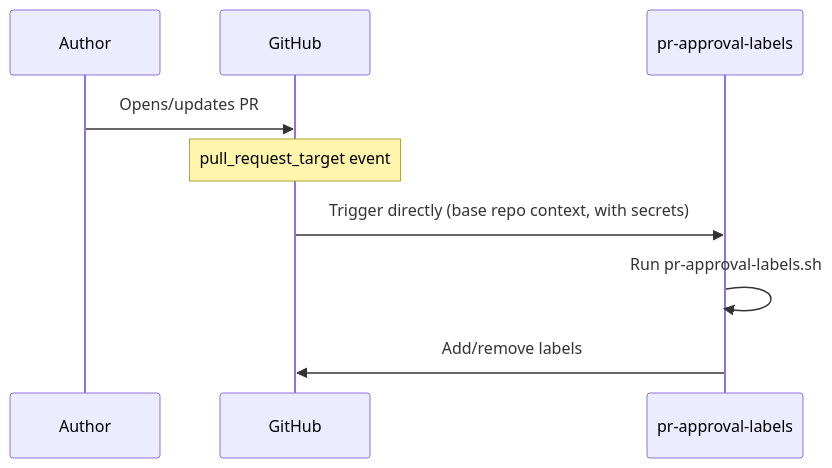
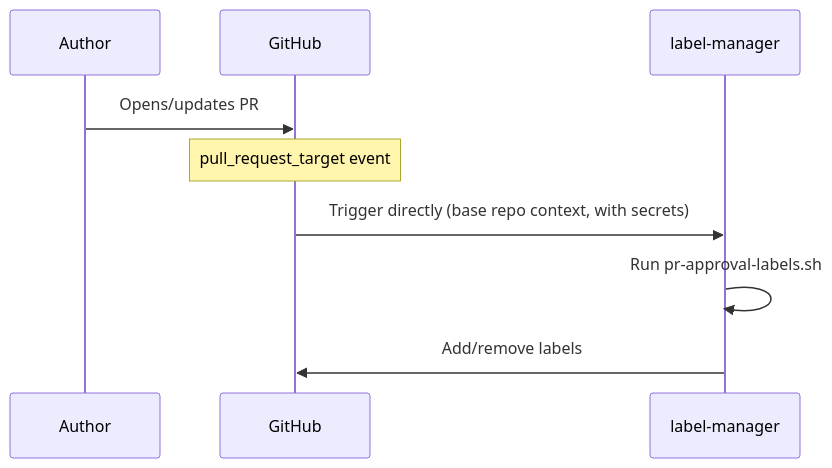
The second of 3 diagrams in content/en/site/build/ci-workflows.md (open-telemetry/opentelemetry.io), drawn with Mermaid before and after one commit. The commit also changed other lines of this file, not shown here.

Commit message:
Site docs: use the current label-manager workflow name

````diff
--- a/content/en/site/build/ci-workflows.md
+++ b/content/en/site/build/ci-workflows.md
@@ -126,14 +126,14 @@
 ```mermaid
 sequenceDiagram
     participant A as Author
     participant GH as GitHub
-    participant L as pr-approval-labels
+    participant L as label-manager
 
     A->>GH: Opens/updates PR
 
     Note over GH: pull_request_target event
 
     GH->>L: Trigger directly (base repo context, with secrets)
     L->>L: Run pr-approval-labels.sh
     L->>GH: Add/remove labels
 ```
````
